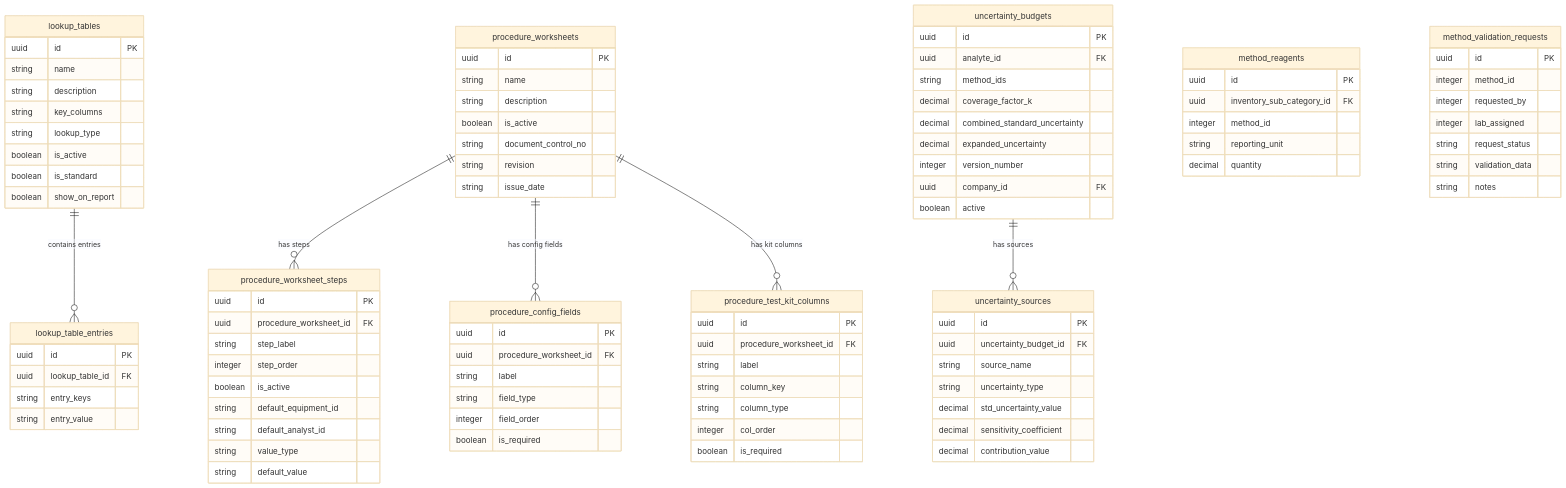
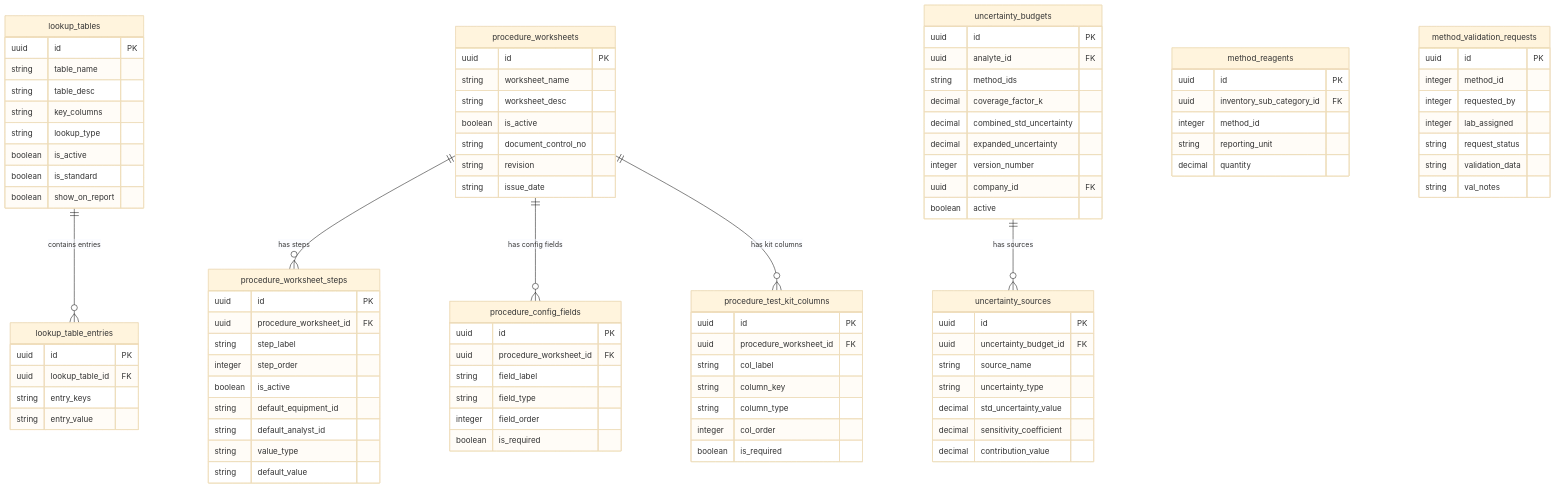
The ninth of 25 diagrams in docs/database-erd.md (ErnestKamau/shh), drawn with Mermaid (base theme) before and after one commit. The commit also changed other lines of this file, not shown here.

```diff
--- a/docs/database-erd.md
+++ b/docs/database-erd.md
@@ -1289,8 +1289,8 @@
 erDiagram
     lookup_tables {
         uuid id PK
-        string name
-        string description
+        string table_name
+        string table_desc
         string key_columns
         string lookup_type
         boolean is_active
@@ -1307,8 +1307,8 @@
 
     procedure_worksheets {
         uuid id PK
-        string name
-        string description
+        string worksheet_name
+        string worksheet_desc
         boolean is_active
         string document_control_no
         string revision
@@ -1330,7 +1330,7 @@
     procedure_config_fields {
         uuid id PK
         uuid procedure_worksheet_id FK
-        string label
+        string field_label
         string field_type
         integer field_order
         boolean is_required
@@ -1339,7 +1339,7 @@
     procedure_test_kit_columns {
         uuid id PK
         uuid procedure_worksheet_id FK
-        string label
+        string col_label
         string column_key
         string column_type
         integer col_order
@@ -1351,7 +1351,7 @@
         uuid analyte_id FK
         string method_ids
         decimal coverage_factor_k
-        decimal combined_standard_uncertainty
+        decimal combined_std_uncertainty
         decimal expanded_uncertainty
         integer version_number
         uuid company_id FK
@@ -1383,7 +1383,7 @@
         integer lab_assigned
         string request_status
         string validation_data
-        string notes
+        string val_notes
     }
 
     lookup_tables ||--o{ lookup_table_entries : "contains entries"
```
